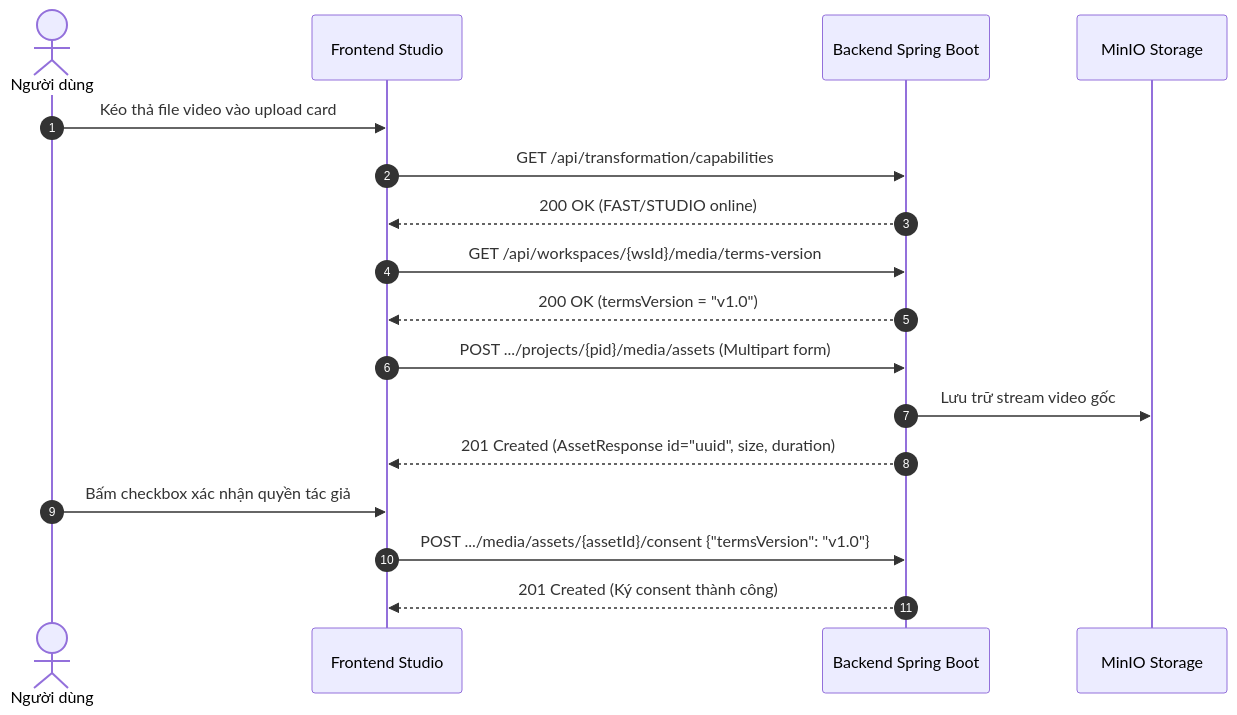
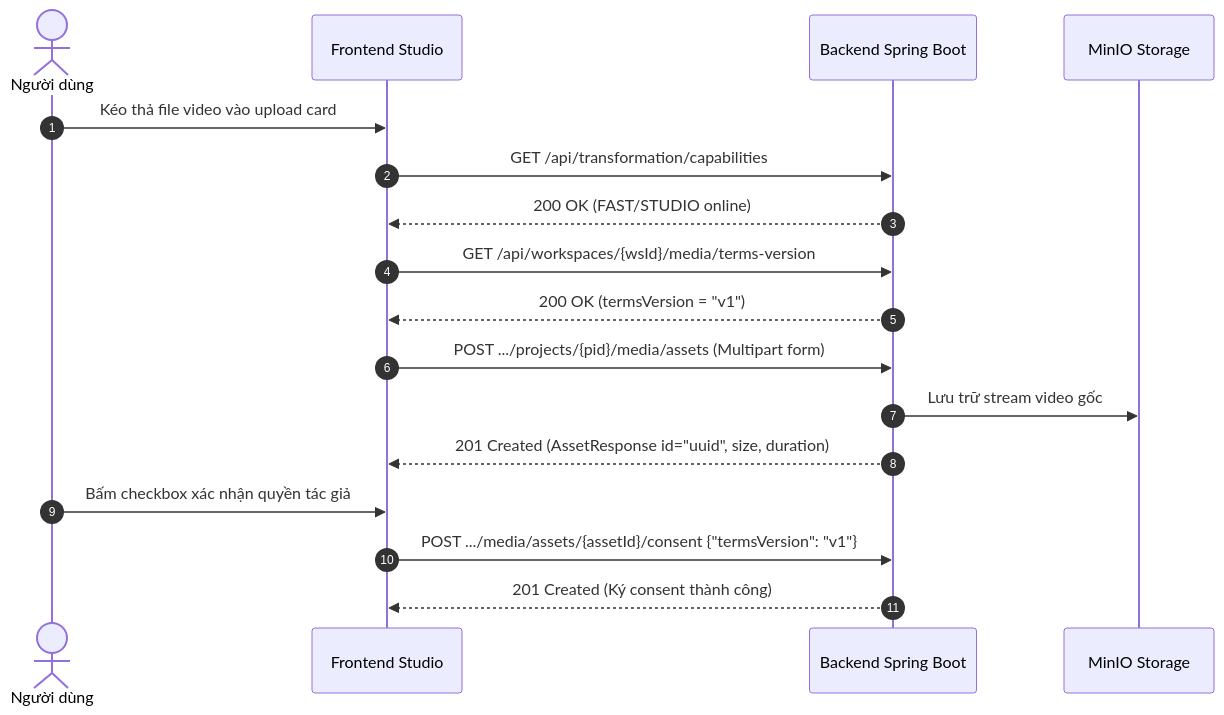
One commit to Hoc273/TransFlow changed the second of 4 diagrams in docs/BACKEND_MISSING_IMPLEMENTATION_AND_INTEGRATION_PLAN.md. Above: the diagram before and after it, drawn with Mermaid. The commit also changed other lines of this file and 6 other files, not shown here.

````diff
--- a/docs/BACKEND_MISSING_IMPLEMENTATION_AND_INTEGRATION_PLAN.md
+++ b/docs/BACKEND_MISSING_IMPLEMENTATION_AND_INTEGRATION_PLAN.md
@@ -503,20 +503,20 @@
 ```mermaid
 sequenceDiagram
     autonumber
     actor User as Người dùng
     participant FE as Frontend Studio
     participant BE as Backend Spring Boot
     participant S3 as MinIO Storage
 
     User->>FE: Kéo thả file video vào upload card
     FE->>BE: GET /api/transformation/capabilities
     BE-->>FE: 200 OK (FAST/STUDIO online)
     FE->>BE: GET /api/workspaces/{wsId}/media/terms-version
-    BE-->>FE: 200 OK (termsVersion = "v1.0")
+    BE-->>FE: 200 OK (termsVersion = "v1")
     FE->>BE: POST .../projects/{pid}/media/assets (Multipart form)
     BE->>S3: Lưu trữ stream video gốc
     BE-->>FE: 201 Created (AssetResponse id="uuid", size, duration)
     User->>FE: Bấm checkbox xác nhận quyền tác giả
-    FE->>BE: POST .../media/assets/{assetId}/consent {"termsVersion": "v1.0"}
+    FE->>BE: POST .../media/assets/{assetId}/consent {"termsVersion": "v1"}
     BE-->>FE: 201 Created (Ký consent thành công)
 ```
````
